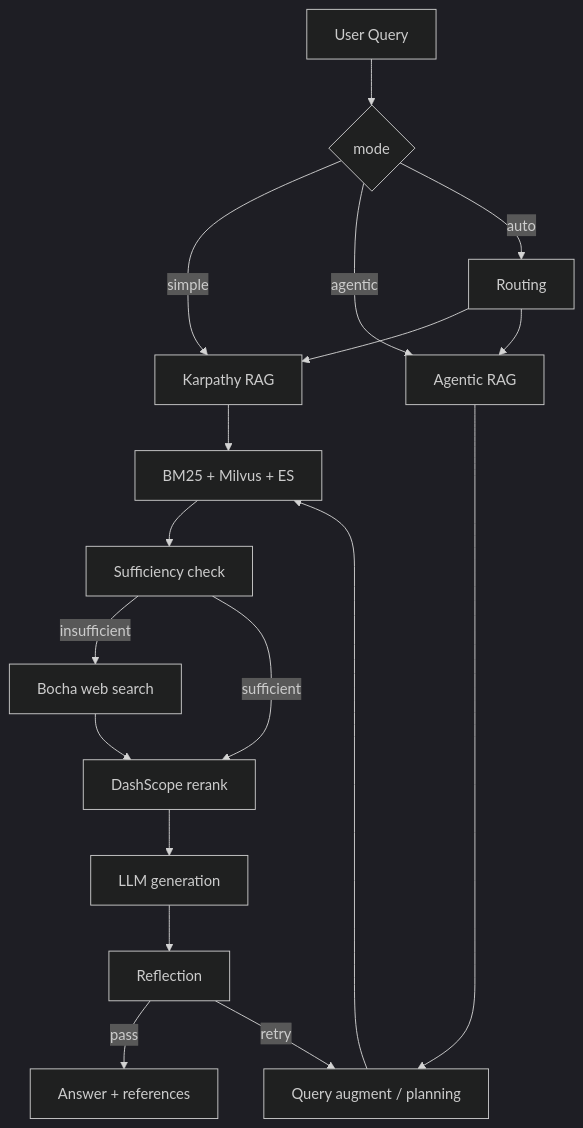
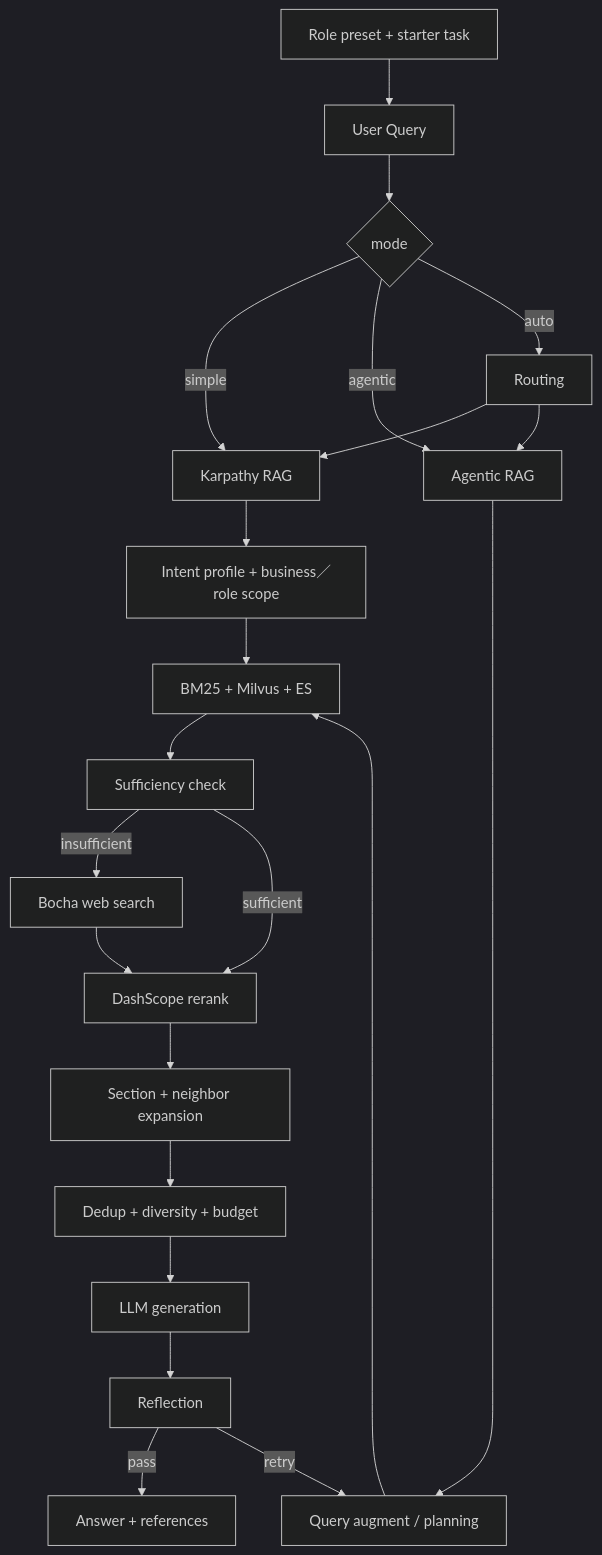
One commit to monstereatai/RAG changed the third of 3 diagrams in ARCHITECTURE.md. Above: the diagram before and after it, drawn with Mermaid (dark theme). The commit also changed other lines of this file and 266 other files, not shown here.

````diff
--- a/ARCHITECTURE.md
+++ b/ARCHITECTURE.md
@@ -122,21 +134,25 @@
 ```mermaid
 flowchart TD
   Q["User Query"] --> Mode{"mode"}
+  Role["Role preset + starter task"] --> Q
   Mode -->|simple| Simple["Karpathy RAG"]
   Mode -->|agentic| Agentic["Agentic RAG"]
   Mode -->|auto| Router["Routing"]
   Router --> Simple
   Router --> Agentic
 
-  Simple --> Retrieve["BM25 + Milvus + ES"]
+  Simple --> Intent["Intent profile + business／role scope"]
+  Intent --> Retrieve["BM25 + Milvus + ES"]
   Agentic --> Plan["Query augment / planning"]
   Plan --> Retrieve
   Retrieve --> Sufficiency["Sufficiency check"]
   Sufficiency -->|insufficient| Web["Bocha web search"]
   Sufficiency -->|sufficient| Rerank["DashScope rerank"]
   Web --> Rerank
-  Rerank --> Generate["LLM generation"]
+  Rerank --> Expand["Section + neighbor expansion"]
+  Expand --> Context["Dedup + diversity + budget"]
+  Context --> Generate["LLM generation"]
   Generate --> Reflect["Reflection"]
   Reflect -->|pass| Final["Answer + references"]
   Reflect -->|retry| Plan
 ```
````
